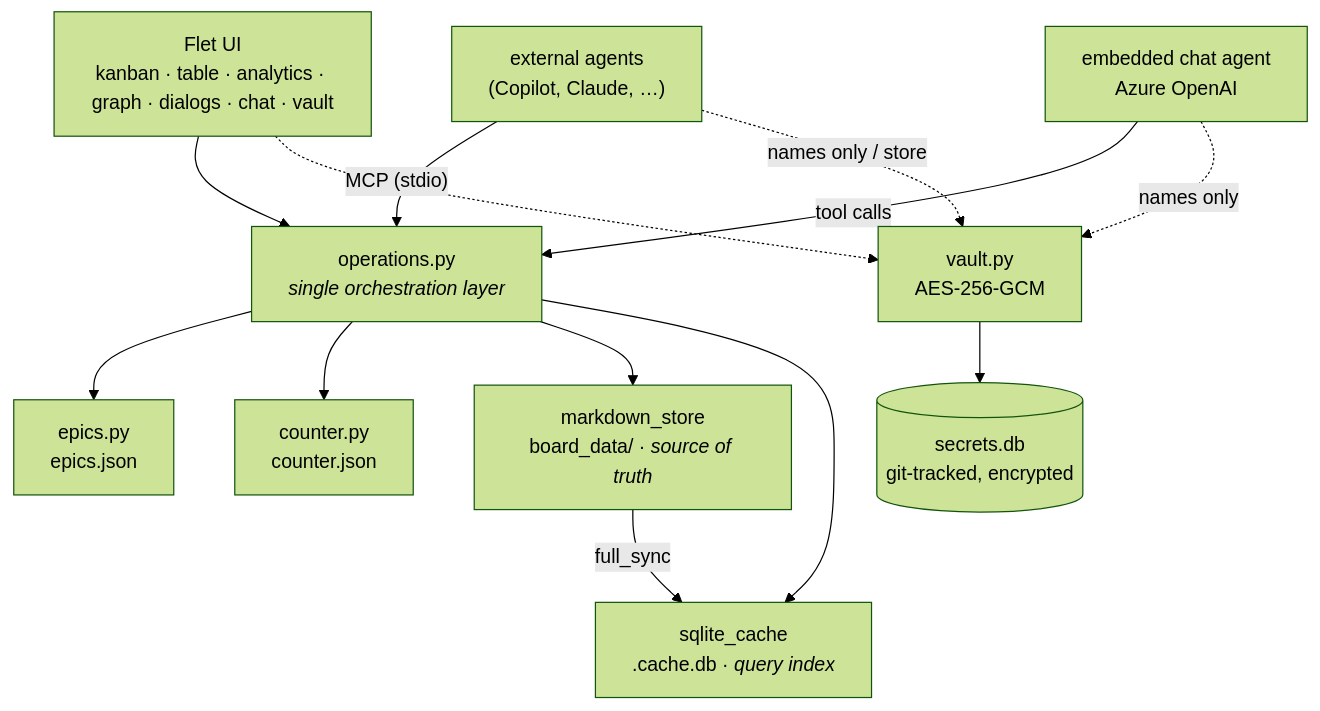
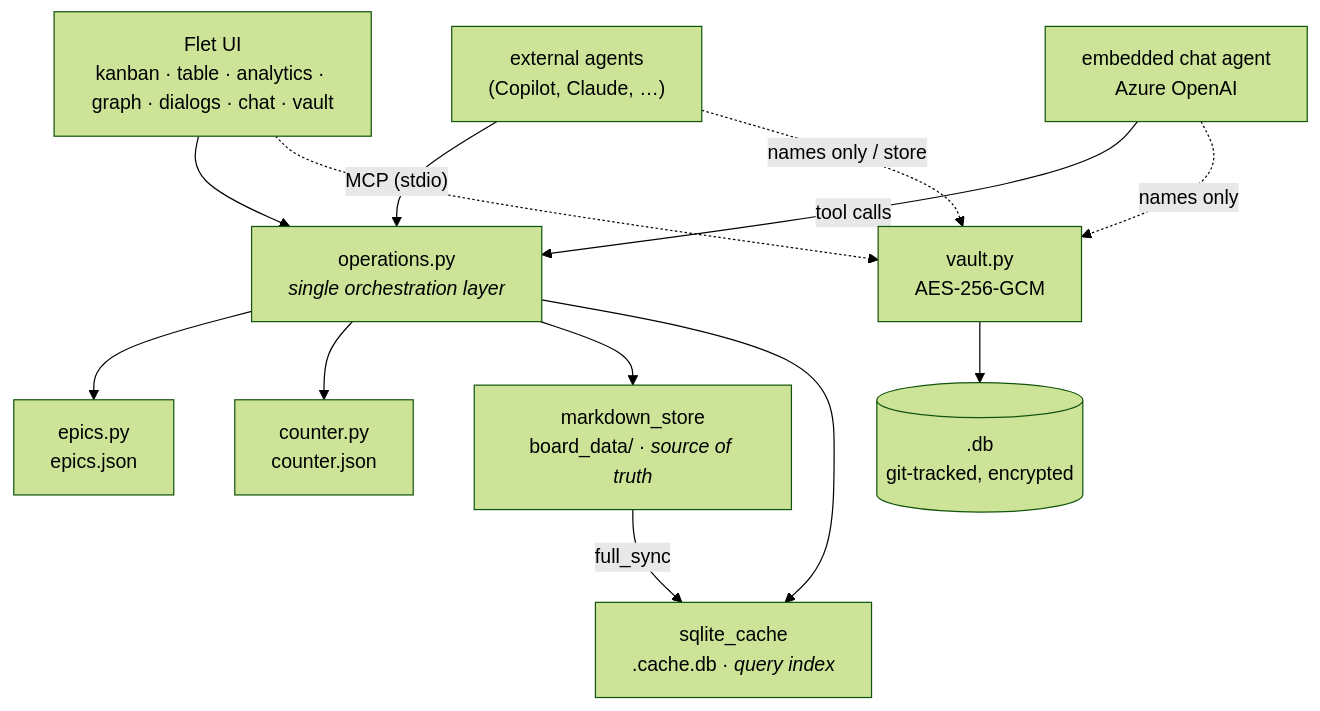
One commit to particle1331/kanbai changed the diagram in docs/v2.md. Above: the diagram before and after it, drawn with Mermaid (forest theme). The commit also changed other lines of this file and 15 other files, not shown here.

````diff
--- a/docs/v2.md
+++ b/docs/v2.md
@@ -67,26 +67,26 @@
 ```mermaid
 flowchart TD
     UI["Flet UI<br/>kanban · table · analytics · graph · dialogs · chat · vault"]
     EXT["external agents<br/>(Copilot, Claude, …)"]
     CHAT["embedded chat agent<br/>Azure OpenAI"]
     OPS["operations.py<br/><i>single orchestration layer</i>"]
     EPICS["epics.py<br/>epics.json"]
     COUNTER["counter.py<br/>counter.json"]
     MD["markdown_store<br/>board_data/ &middot; <i>source of truth</i>"]
     CACHE["sqlite_cache<br/>.cache.db &middot; <i>query index</i>"]
     VAULT["vault.py<br/>AES-256-GCM"]
-    SDB[("secrets.db<br/>git-tracked, encrypted")]
+    SDB[(".db<br/>git-tracked, encrypted")]
 
     UI --> OPS
     EXT -- "MCP (stdio)" --> OPS
     CHAT -- "tool calls" --> OPS
     OPS --> EPICS
     OPS --> COUNTER
     OPS --> MD
     OPS --> CACHE
     MD -- "full_sync" --> CACHE
     UI -.-> VAULT
     CHAT -. "names only" .-> VAULT
     EXT -. "names only / store" .-> VAULT
     VAULT --> SDB
 ```
````
